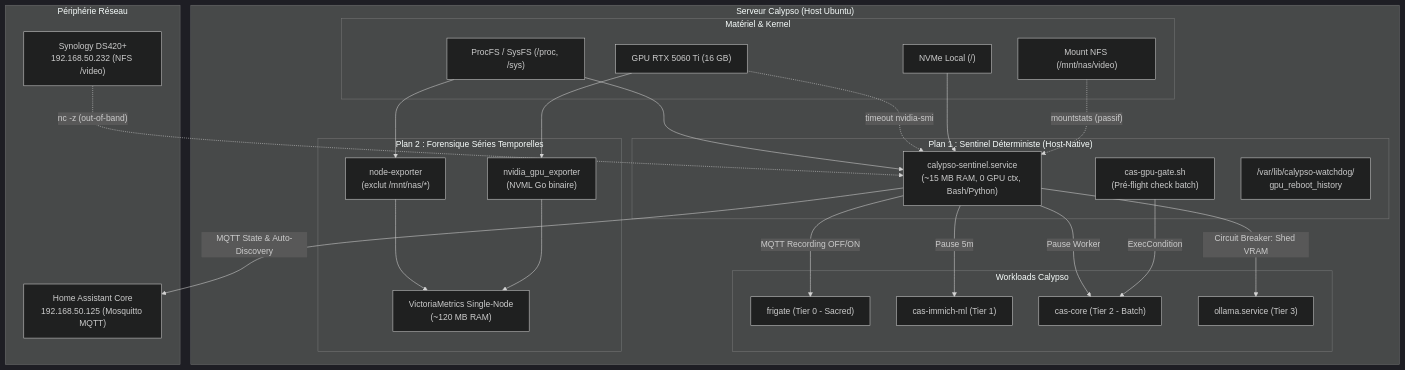
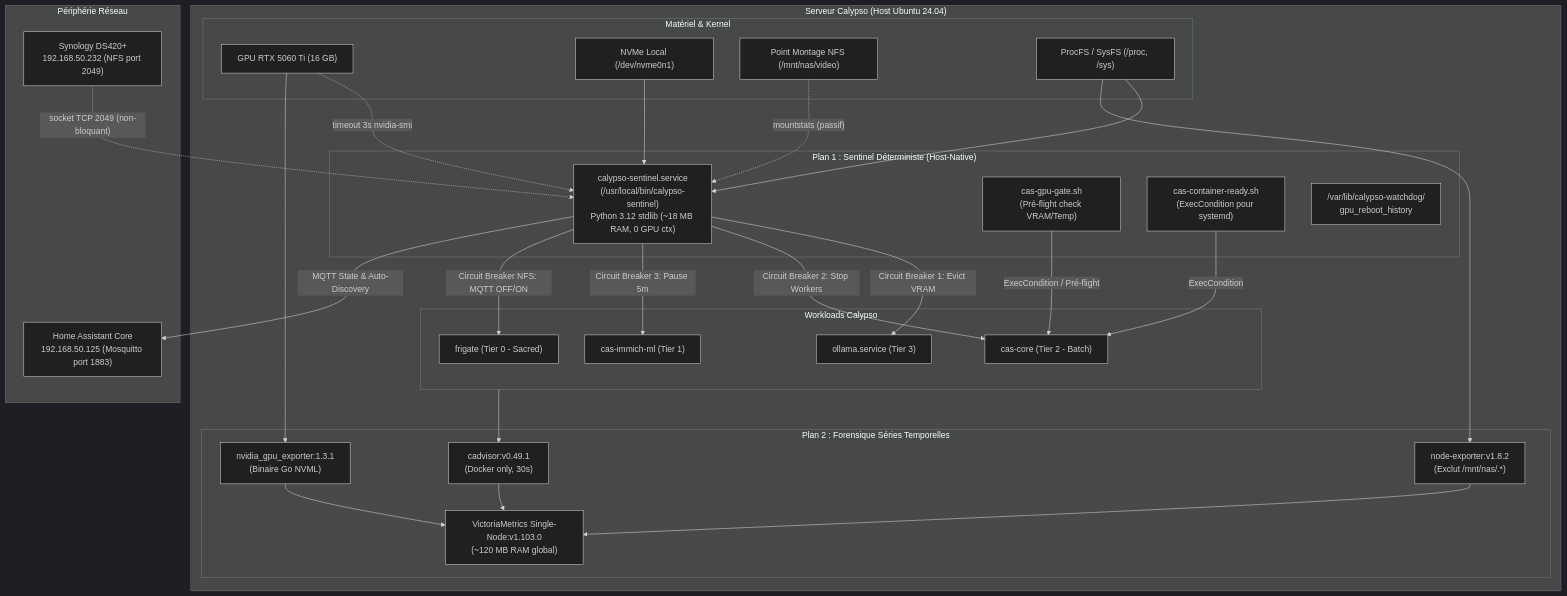
The diagram in plans/calypso-sentinel-health-monitoring-plan.md (nghiaphan31/frigate), drawn with Mermaid (dark theme) before and after one commit. The commit also changed other lines of this file, not shown here.

Commit message:
fix(plan): B3 object_id+expire_after in discovery, B4 no numeric_state, correct entity IDs, 5 HA automations, Phase 3.2 race-condition guard, Phase 4.0 legacy archive step

````diff
--- a/plans/calypso-sentinel-health-monitoring-plan.md
+++ b/plans/calypso-sentinel-health-monitoring-plan.md
@@ -30,56 +31,61 @@
 ```mermaid
 flowchart TB
-    subgraph CalypsoHost["Serveur Calypso (Host Ubuntu)"]
+    subgraph CalypsoHost["Serveur Calypso (Host Ubuntu 24.04)"]
         subgraph Hardware["Matériel & Kernel"]
             GPU["GPU RTX 5060 Ti (16 GB)"]
-            NVME["NVMe Local (/)"]
-            NFS_MNT["Mount NFS (/mnt/nas/video)"]
+            NVME["NVMe Local (/dev/nvme0n1)"]
+            NFS_MNT["Point Montage NFS (/mnt/nas/video)"]
             PROC["ProcFS / SysFS (/proc, /sys)"]
         end
 
         subgraph Plane1["Plan 1 : Sentinel Déterministe (Host-Native)"]
-            SENTINEL["calypso-sentinel.service<br/>(~15 MB RAM, 0 GPU ctx, Bash/Python)"]
-            GATE["cas-gpu-gate.sh<br/>(Pré-flight check batch)"]
+            SENTINEL["calypso-sentinel.service<br/>(/usr/local/bin/calypso-sentinel)<br/>Python 3.12 stdlib (~18 MB RAM, 0 GPU ctx)"]
+            GATE["cas-gpu-gate.sh<br/>(Pré-flight check VRAM/Temp)"]
+            CONTAINER_GATE["cas-container-ready.sh<br/>(ExecCondition pour systemd)"]
             REBOOT_GUARD["/var/lib/calypso-watchdog/<br/>gpu_reboot_history"]
         end
 
         subgraph Workloads["Workloads Calypso"]
             FRIGATE["frigate (Tier 0 - Sacred)"]
             IMMICH["cas-immich-ml (Tier 1)"]
             CAS["cas-core (Tier 2 - Batch)"]
             OLLAMA["ollama.service (Tier 3)"]
         end
 
         subgraph Plane2["Plan 2 : Forensique Séries Temporelles"]
-            NODE_EXP["node-exporter<br/>(exclut /mnt/nas/*)"]
-            GPU_EXP["nvidia_gpu_exporter<br/>(NVML Go binaire)"]
-            VM["VictoriaMetrics Single-Node<br/>(~120 MB RAM)"]
+            NODE_EXP["node-exporter:v1.8.2<br/>(Exclut /mnt/nas/.*)"]
+            GPU_EXP["nvidia_gpu_exporter:1.3.1<br/>(Binaire Go NVML)"]
+            CADVISOR["cadvisor:v0.49.1<br/>(Docker only, 30s)"]
+            VM["VictoriaMetrics Single-Node:v1.103.0<br/>(~120 MB RAM global)"]
         end
     end
 
     subgraph External["Périphérie Réseau"]
-        NAS["Synology DS420+<br/>192.168.50.232 (NFS /video)"]
-        HA["Home Assistant Core<br/>192.168.50.125 (Mosquitto MQTT)"]
+        NAS["Synology DS420+<br/>192.168.50.232 (NFS port 2049)"]
+        HA["Home Assistant Core<br/>192.168.50.125 (Mosquitto port 1883)"]
     end
 
     %% Probes Plane 1
     PROC --> SENTINEL
-    GPU -. "timeout nvidia-smi" .-> SENTINEL
+    GPU -. "timeout 3s nvidia-smi" .-> SENTINEL
     NVME --> SENTINEL
     NFS_MNT -. "mountstats (passif)" .-> SENTINEL
-    NAS -. "nc -z (out-of-band)" .-> SENTINEL
+    NAS -. "socket TCP 2049 (non-bloquant)" .-> SENTINEL
 
     %% Control Plane 1
-    SENTINEL -->|Circuit Breaker: Shed VRAM| OLLAMA
-    SENTINEL -->|Pause Worker| CAS
-    SENTINEL -->|Pause 5m| IMMICH
-    SENTINEL -->|MQTT Recording OFF/ON| FRIGATE
+    SENTINEL -->|Circuit Breaker 1: Evict VRAM| OLLAMA
+    SENTINEL -->|Circuit Breaker 2: Stop Workers| CAS
+    SENTINEL -->|Circuit Breaker 3: Pause 5m| IMMICH
+    SENTINEL -->|Circuit Breaker NFS: MQTT OFF/ON| FRIGATE
     SENTINEL -->|MQTT State & Auto-Discovery| HA
-    GATE -->|ExecCondition| CAS
+    CONTAINER_GATE -->|ExecCondition| CAS
+    GATE -->|ExecCondition / Pré-flight| CAS
 
     %% Plane 2 Flow
     PROC --> NODE_EXP
     GPU --> GPU_EXP
+    Workloads --> CADVISOR
     NODE_EXP --> VM
     GPU_EXP --> VM
+    CADVISOR --> VM
 ```
````
